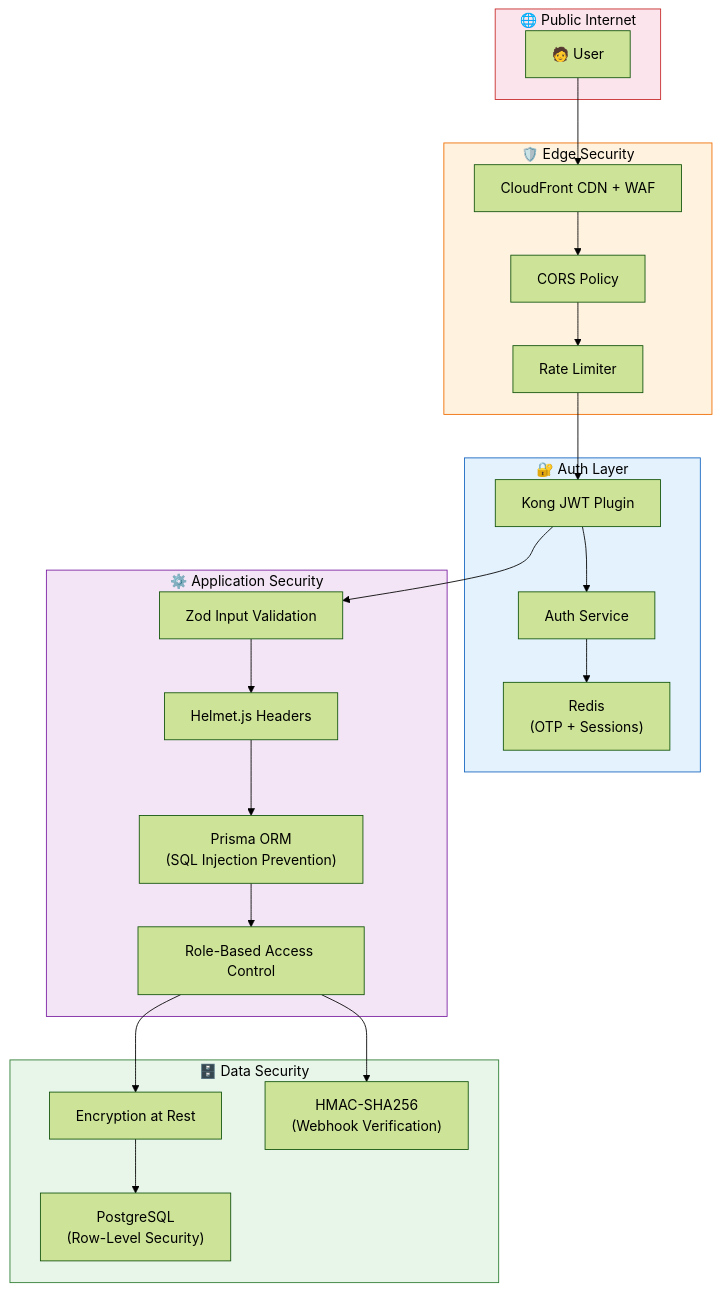
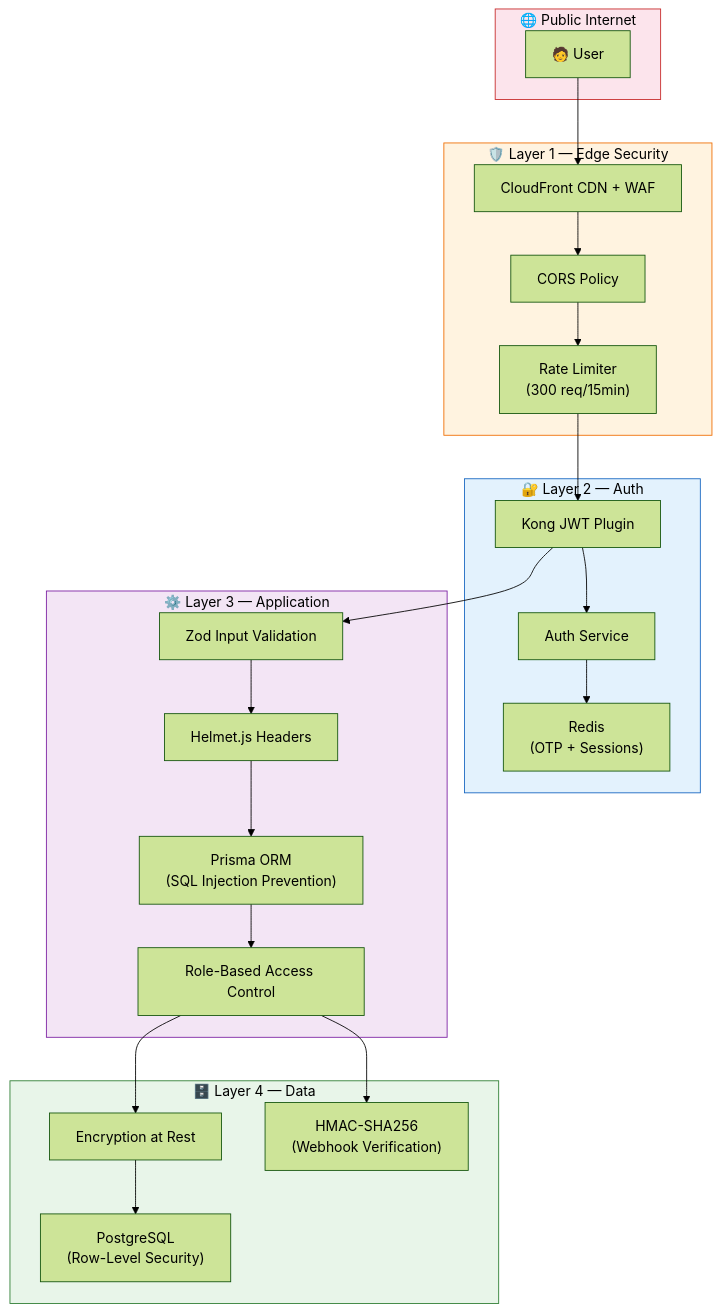
Diagram 18 of 33 in README.md (harib8000/wed), drawn with Mermaid (forest theme) before and after one commit. The commit also changed other lines of this file and 11 other files, not shown here.

First line of the commit message:
docs: world-class golden standard README — 3563 lines, 33 mermaid diagrams, 35 sections, 111 sub-headings

````diff
--- a/README.md
+++ b/README.md
@@ -974,44 +1593,44 @@
 ```mermaid
 flowchart TD
     subgraph PUBLIC["🌐 Public Internet"]
         USER["🧑 User"]
     end
 
-    subgraph EDGE["🛡️ Edge Security"]
+    subgraph EDGE["🛡️ Layer 1 — Edge Security"]
         CF["CloudFront CDN + WAF"]
         CORS["CORS Policy"]
-        RATE["Rate Limiter"]
+        RATE["Rate Limiter<br/>(300 req/15min)"]
     end
 
-    subgraph AUTH["🔐 Auth Layer"]
+    subgraph AUTH_LAYER["🔐 Layer 2 — Auth"]
         KONG_AUTH["Kong JWT Plugin"]
         AUTH_SVC["Auth Service"]
         REDIS_AUTH["Redis<br/>(OTP + Sessions)"]
     end
 
-    subgraph APP["⚙️ Application Security"]
+    subgraph APP["⚙️ Layer 3 — Application"]
         ZOD["Zod Input Validation"]
         HELMET["Helmet.js Headers"]
         PRISMA["Prisma ORM<br/>(SQL Injection Prevention)"]
         RBAC["Role-Based Access Control"]
     end
 
-    subgraph DATA_SEC["🗄️ Data Security"]
+    subgraph DATA_SEC["🗄️ Layer 4 — Data"]
         ENCRYPT["Encryption at Rest"]
         PG_SEC["PostgreSQL<br/>(Row-Level Security)"]
         HMAC["HMAC-SHA256<br/>(Webhook Verification)"]
     end
 
     USER --> CF --> CORS --> RATE --> KONG_AUTH
     KONG_AUTH --> AUTH_SVC
     AUTH_SVC --> REDIS_AUTH
     KONG_AUTH --> ZOD --> HELMET --> PRISMA --> RBAC
     RBAC --> ENCRYPT --> PG_SEC
     RBAC --> HMAC
 
     style PUBLIC fill:#fce4ec,stroke:#c62828,color:#000
     style EDGE fill:#fff3e0,stroke:#ef6c00,color:#000
-    style AUTH fill:#e3f2fd,stroke:#1565c0,color:#000
+    style AUTH_LAYER fill:#e3f2fd,stroke:#1565c0,color:#000
     style APP fill:#f3e5f5,stroke:#7b1fa2,color:#000
     style DATA_SEC fill:#e8f5e9,stroke:#2e7d32,color:#000
 ```
````
